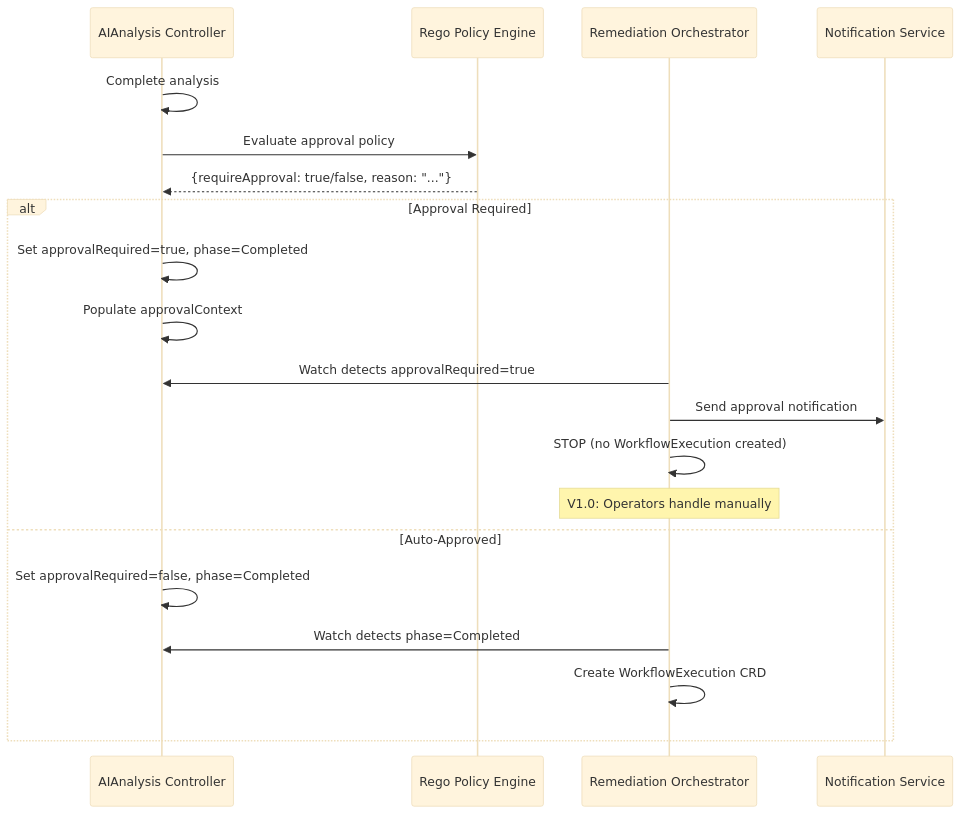
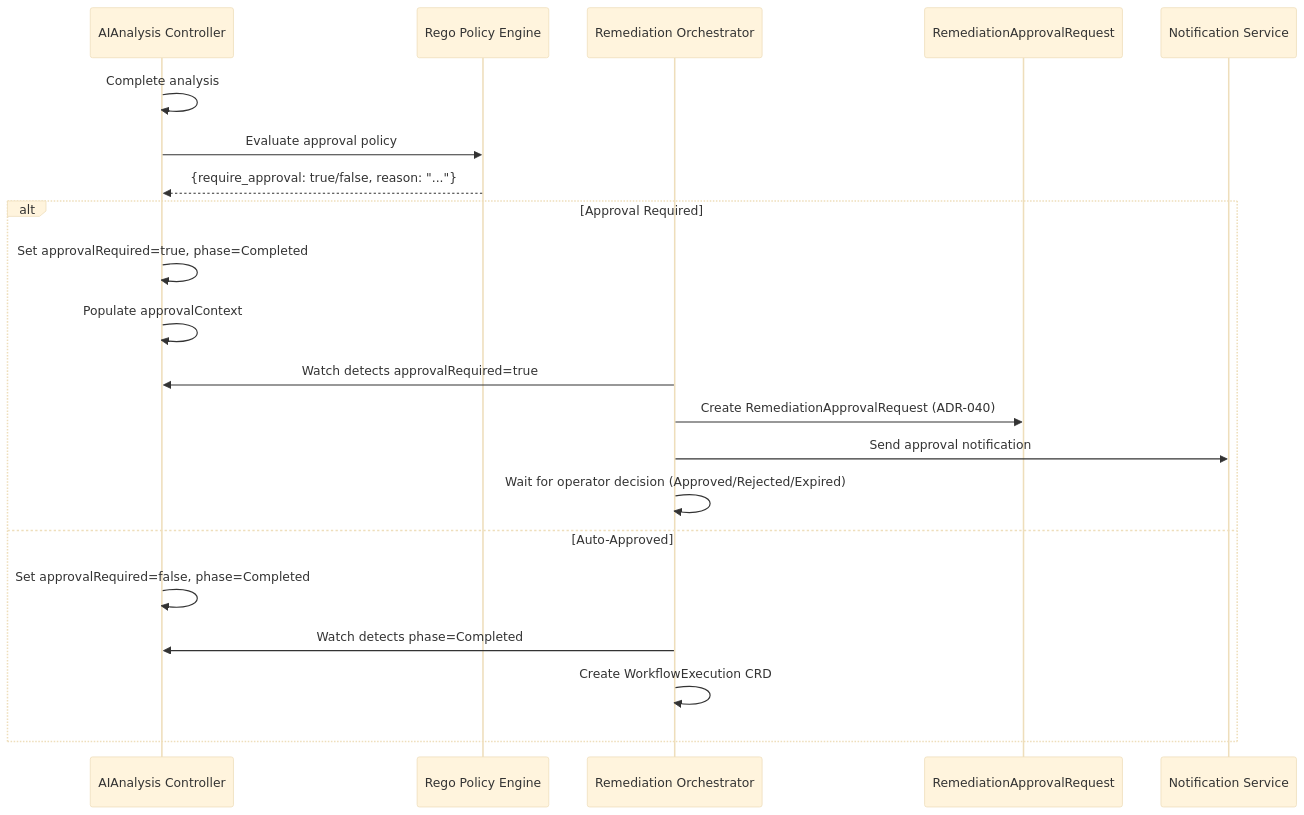
Before and after one commit to jordigilh/kubernaut: the diagram in docs/services/crd-controllers/02-aianalysis/crd-schema.md, drawn with Mermaid (base theme). The commit also changed other lines of this file and 14 other files, not shown here.

````diff
--- a/docs/services/crd-controllers/02-aianalysis/crd-schema.md
+++ b/docs/services/crd-controllers/02-aianalysis/crd-schema.md
@@ -487,24 +715,25 @@
 ```mermaid
 sequenceDiagram
     participant AIA as AIAnalysis Controller
     participant Rego as Rego Policy Engine
     participant RO as Remediation Orchestrator
+    participant ARQ as RemediationApprovalRequest
     participant Notif as Notification Service
 
     AIA->>AIA: Complete analysis
     AIA->>Rego: Evaluate approval policy
-    Rego-->>AIA: {requireApproval: true/false, reason: "..."}
+    Rego-->>AIA: {require_approval: true/false, reason: "..."}
 
     alt Approval Required
         AIA->>AIA: Set approvalRequired=true, phase=Completed
         AIA->>AIA: Populate approvalContext
         RO->>AIA: Watch detects approvalRequired=true
+        RO->>ARQ: Create RemediationApprovalRequest (ADR-040)
         RO->>Notif: Send approval notification
-        RO->>RO: STOP (no WorkflowExecution created)
-        Note over RO: V1.0: Operators handle manually
+        RO->>RO: Wait for operator decision (Approved/Rejected/Expired)
     else Auto-Approved
         AIA->>AIA: Set approvalRequired=false, phase=Completed
         RO->>AIA: Watch detects phase=Completed
         RO->>RO: Create WorkflowExecution CRD
     end
 ```
````
